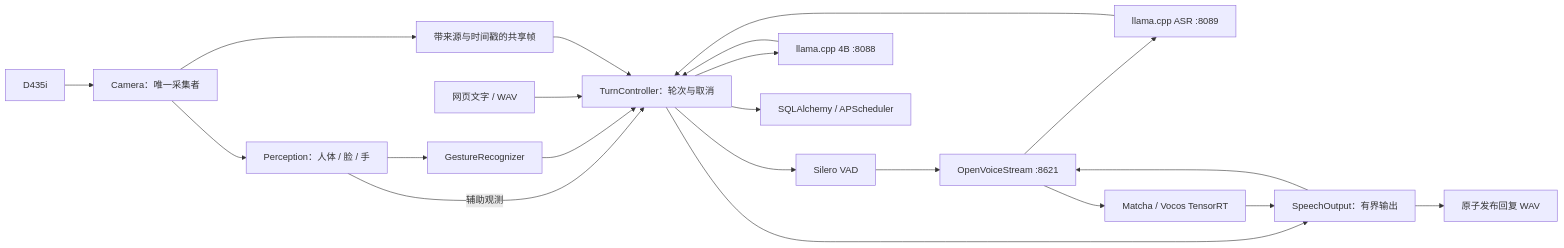
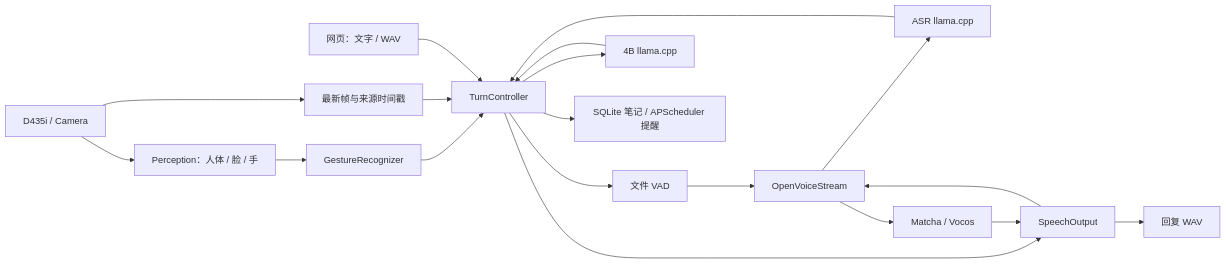
The diagram in README.md (Qin-tuo/Multi_Model_Inference), drawn with Mermaid before and after one commit. The commit also changed other lines of this file and 379 other files, not shown here.

````diff
--- a/README.md
+++ b/README.md
@@ -50,23 +48,21 @@
 ```mermaid
 flowchart LR
-  Cam[D435i] --> Capture[Camera：唯一采集者]
-  Capture --> Vision[Perception：人体 / 脸 / 手]
-  Capture --> Frame[带来源与时间戳的共享帧]
-  Vision --> Gesture[GestureRecognizer]
-  Vision -->|辅助观测| Turn
-  Gesture --> Turn[TurnController：轮次与取消]
-  Web[网页文字 / WAV] --> Turn
-  Turn --> VAD[Silero VAD]
-  VAD --> OVS[OpenVoiceStream :8621]
-  OVS --> ASR[llama.cpp ASR :8089]
+  Camera[D435i / Camera] --> Perception[Perception：人体 / 脸 / 手]
+  Perception --> Gesture[GestureRecognizer]
+  Gesture --> Turn[TurnController]
+  Camera --> Frame[最新帧与来源时间戳]
+  Frame --> Turn
+  Web[网页：文字 / WAV] --> Turn
+  Turn --> VAD[文件 VAD]
+  VAD --> OVS[OpenVoiceStream]
+  OVS --> ASR[ASR llama.cpp]
   ASR --> Turn
-  Frame --> Turn
-  Turn --> LLM[llama.cpp 4B :8088]
+  Turn --> LLM[4B llama.cpp]
   LLM --> Turn
-  Turn --> Actions[SQLAlchemy / APScheduler]
-  Turn --> Output[SpeechOutput：有界输出]
+  Turn --> Actions[SQLite 笔记 / APScheduler 提醒]
+  Turn --> Output[SpeechOutput]
   Output --> OVS
-  OVS --> TTS[Matcha / Vocos TensorRT]
+  OVS --> TTS[Matcha / Vocos]
   TTS --> Output
-  Output --> WAV[原子发布回复 WAV]
+  Output --> WAV[回复 WAV]
 ```
````
